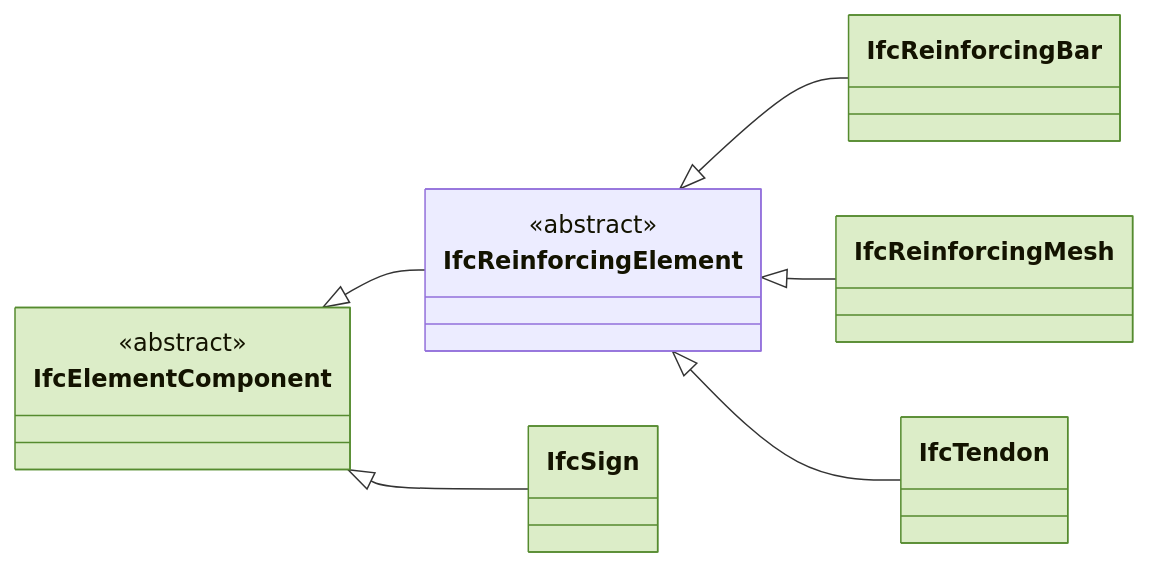
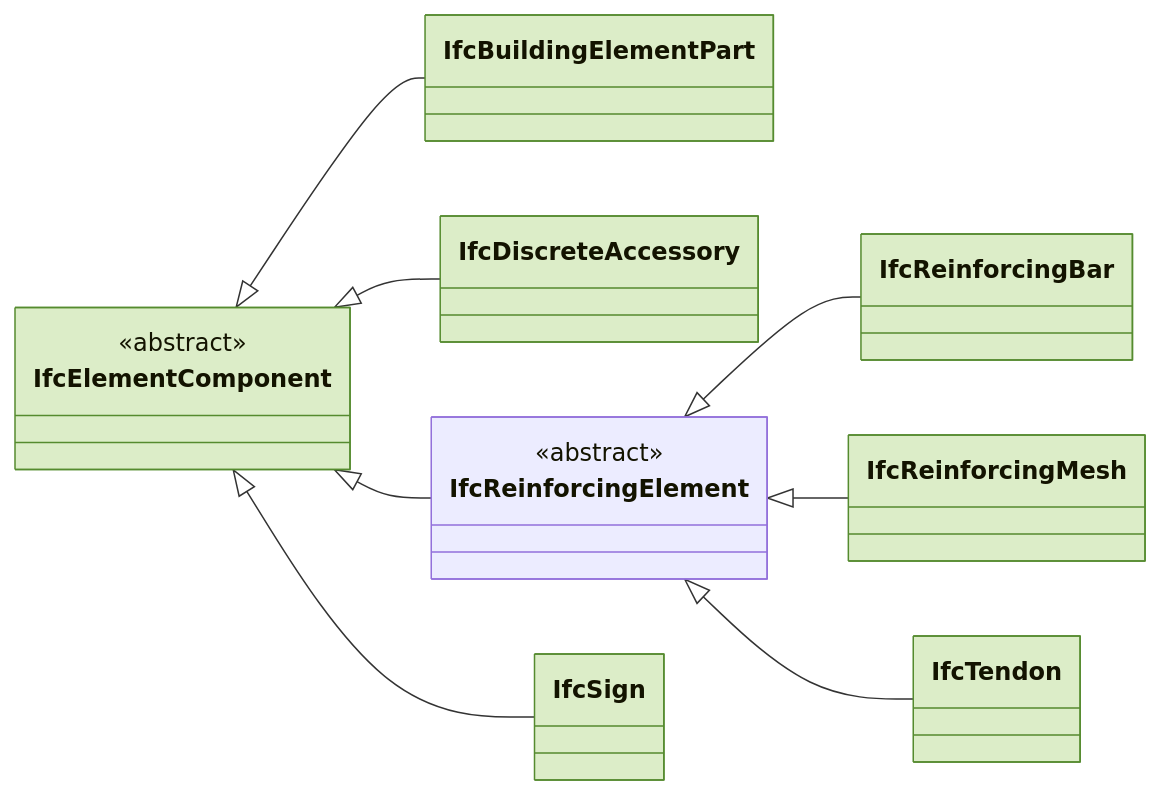
One commit to fabiologe/quagg_page_public changed the fourth of 10 diagrams in docs/ifc/entities-genutzt.md. Above: the diagram before and after it, drawn with Mermaid. The commit also changed other lines of this file and 15 other files, not shown here.

````diff
--- a/docs/ifc/entities-genutzt.md
+++ b/docs/ifc/entities-genutzt.md
@@ -165,16 +165,20 @@
 ```mermaid
 classDiagram
   direction LR
+  IfcElementComponent <|-- IfcBuildingElementPart
+  IfcElementComponent <|-- IfcDiscreteAccessory
   IfcElementComponent <|-- IfcReinforcingElement
   IfcElementComponent <|-- IfcSign
   IfcReinforcingElement <|-- IfcReinforcingBar
   IfcReinforcingElement <|-- IfcReinforcingMesh
   IfcReinforcingElement <|-- IfcTendon
   <<abstract>> IfcElementComponent
   <<abstract>> IfcReinforcingElement
+  style IfcBuildingElementPart fill:#dcedc8,stroke:#558b2f
+  style IfcDiscreteAccessory fill:#dcedc8,stroke:#558b2f
   style IfcElementComponent fill:#dcedc8,stroke:#558b2f
   style IfcReinforcingBar fill:#dcedc8,stroke:#558b2f
   style IfcReinforcingMesh fill:#dcedc8,stroke:#558b2f
   style IfcSign fill:#dcedc8,stroke:#558b2f
   style IfcTendon fill:#dcedc8,stroke:#558b2f
 ```
````
